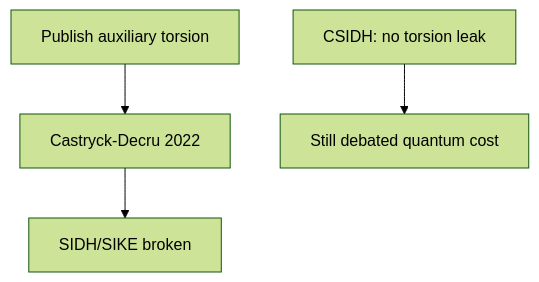
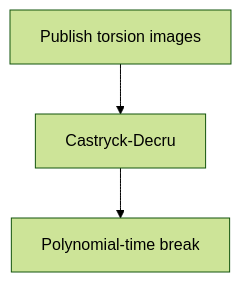
One commit to kalyogyogi-ui/Ai-check- changed the first of 2 diagrams in manuscript/chapters/09-isogeny-based.md. Above: the diagram before and after it, drawn with Mermaid (forest theme). The commit also changed other lines of this file and 31 other files, not shown here.

First line of the commit message:
Fix figure placement: in-section after intro text, repair corrupted headings

````diff
--- a/manuscript/chapters/09-isogeny-based.md
+++ b/manuscript/chapters/09-isogeny-based.md
@@ -7,6 +142,5 @@
 ```mermaid
 flowchart TD
-  PUB[Publish auxiliary torsion] --> ATT[Castryck-Decru 2022]
-  ATT --> DEAD[SIDH/SIKE broken]
-  CSIDH[CSIDH: no torsion leak] --> OPEN[Still debated quantum cost]
+  PUB[Publish torsion images] --> CD[Castryck-Decru]
+  CD --> BR[Polynomial-time break]
 ```
````
